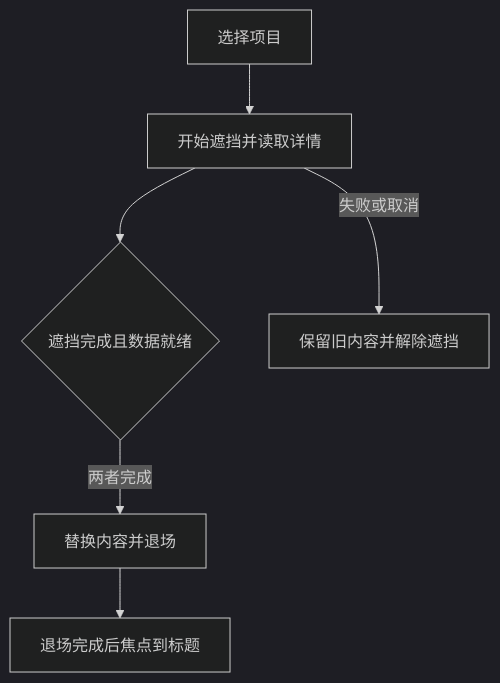
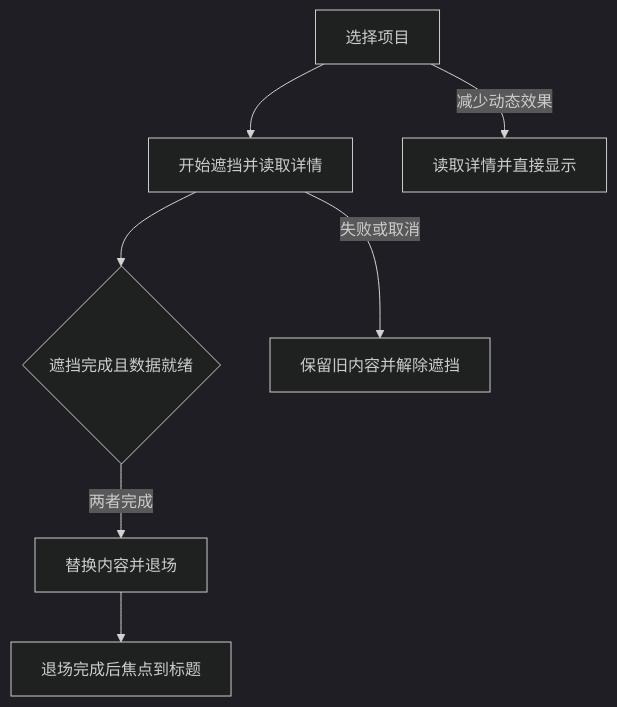
One commit to Vibes-college/Vibes changed the diagram in docs/features/great-ui-learning.md. Above: the diagram before and after it, drawn with Mermaid (dark theme). The commit also changed other lines of this file and 23 other files, not shown here.

````diff
--- a/docs/features/great-ui-learning.md
+++ b/docs/features/great-ui-learning.md
@@ -43,8 +43,9 @@
 ```mermaid
 flowchart TD
   A[选择项目] --> B[开始遮挡并读取详情]
   B --> C{遮挡完成且数据就绪}
   C -->|两者完成| D[替换内容并退场]
   D --> E[退场完成后焦点到标题]
   B -->|失败或取消| F[保留旧内容并解除遮挡]
+  A -->|减少动态效果| G[读取详情并直接显示]
 ```
````
